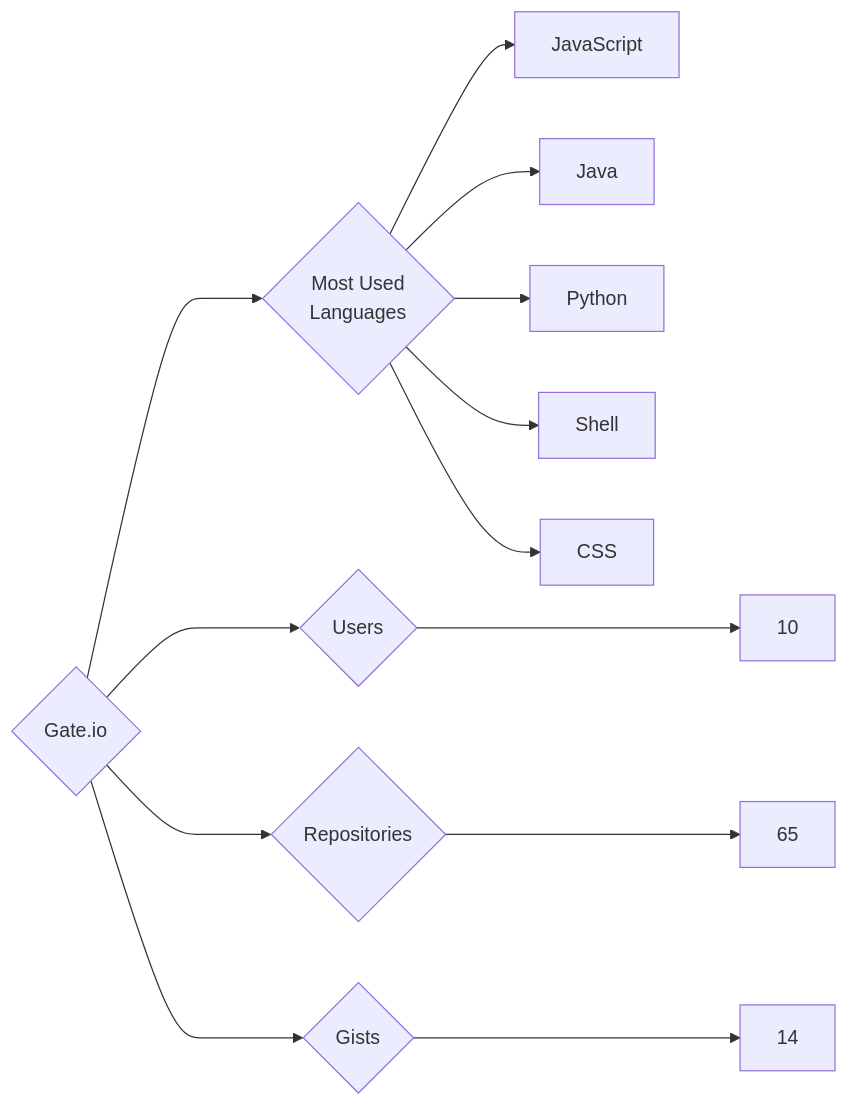
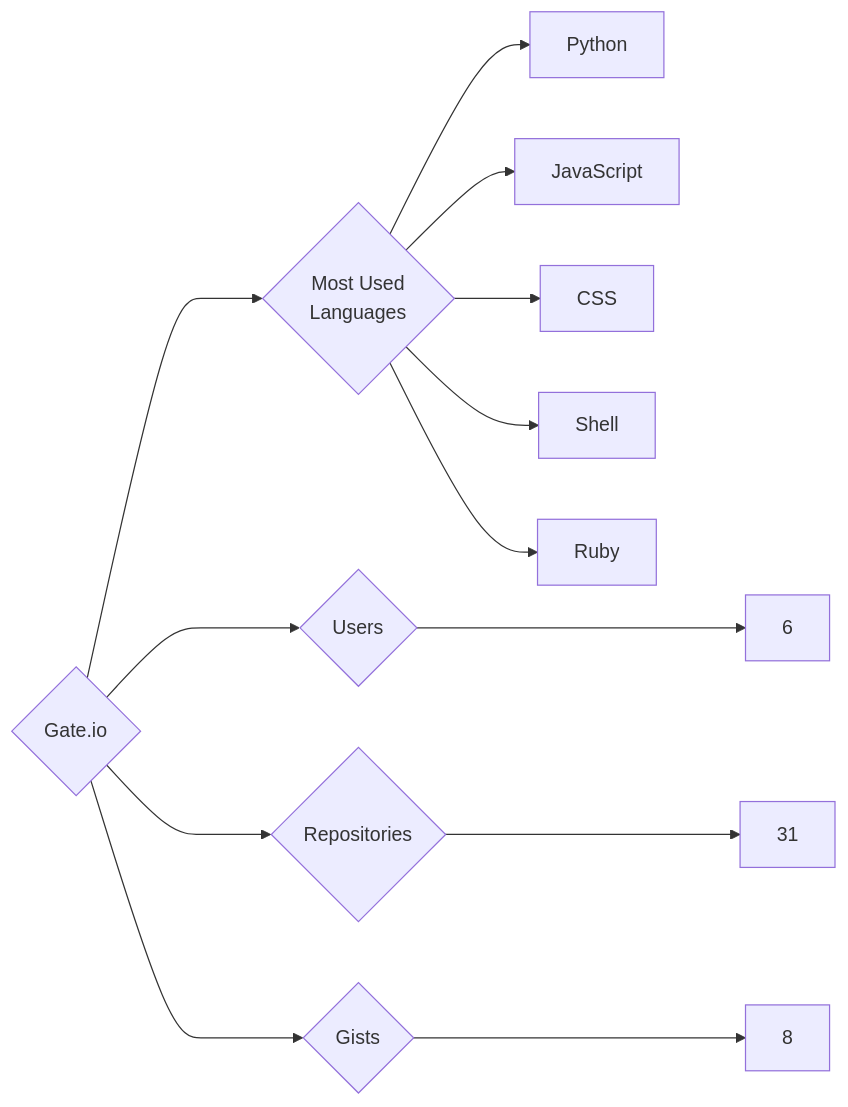
Before and after one commit to trickest/insiders: the diagram in targets/Gate.io/README.md, drawn with Mermaid. The commit also changed 1023 other files, not shown here.

````diff
--- a/targets/Gate.io/README.md
+++ b/targets/Gate.io/README.md
@@ -3,13 +3,13 @@
 ```mermaid
 graph LR
 COMPANY_NAME{Gate.io}
-COMPANY_NAME ---> U{Users} ---> UN[10]
-COMPANY_NAME ---> R{Repositories} ---> RN[65]
-COMPANY_NAME ---> G{Gists} ---> GN[14]
+COMPANY_NAME ---> U{Users} ---> UN[6]
+COMPANY_NAME ---> R{Repositories} ---> RN[31]
+COMPANY_NAME ---> G{Gists} ---> GN[8]
 COMPANY_NAME ---> ML{Most Used<br>Languages}
+ML --> Python[Python]
 ML --> JavaScript[JavaScript]
-ML --> Java[Java]
-ML --> Python[Python]
+ML --> CSS[CSS]
 ML --> Shell[Shell]
-ML --> CSS[CSS]
+ML --> Ruby[Ruby]
 ```
````
